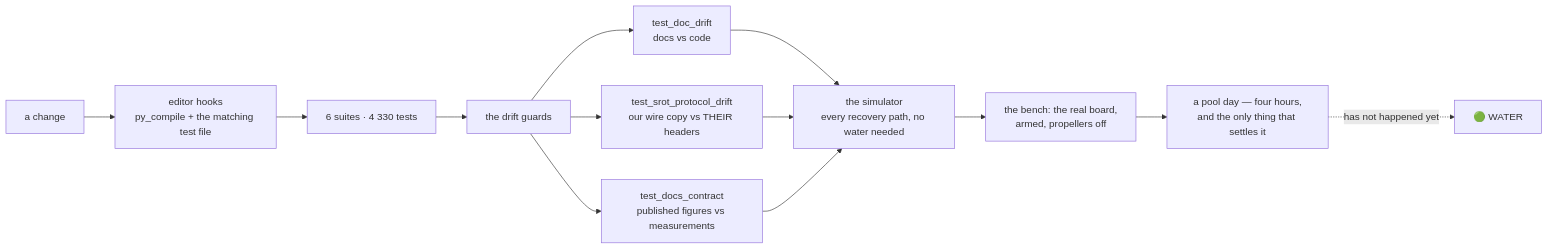
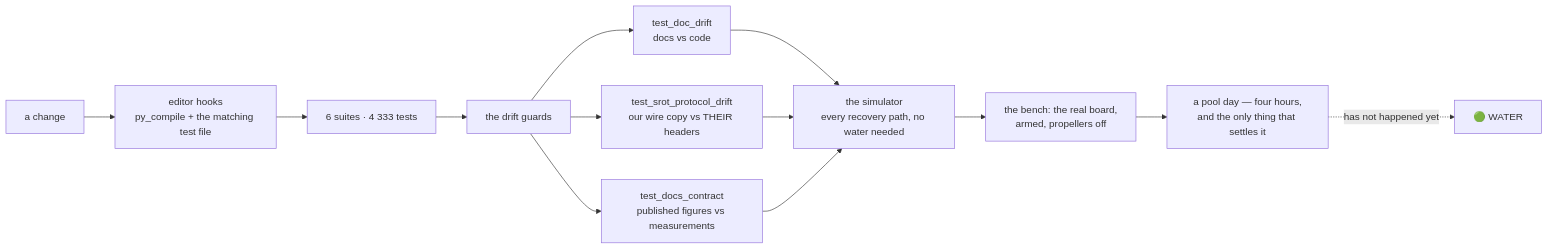
One commit to fh1m/mongla_ws changed the ninth of 10 diagrams in README.md. Above: the diagram before and after it, drawn with Mermaid. The commit also changed other lines of this file and 4 other files, not shown here.

First line of the commit message:
fix(flow): the time-offset estimator starts from the measured -11.3 ms, not 0

````diff
--- a/README.md
+++ b/README.md
@@ -752,15 +752,15 @@
 ```mermaid
 flowchart LR
     DEV["a change"] --> HOOK["editor hooks<br/>py_compile + the matching test file"]
-    HOOK --> UNIT["6 suites · 4 330 tests"]
+    HOOK --> UNIT["6 suites · 4 333 tests"]
     UNIT --> GUARD["the drift guards"]
     GUARD --> G1["test_doc_drift<br/>docs vs code"]
     GUARD --> G2["test_srot_protocol_drift<br/>our wire copy vs THEIR headers"]
     GUARD --> G3["test_docs_contract<br/>published figures vs measurements"]
     G1 --> SIM["the simulator<br/>every recovery path, no water needed"]
     G2 --> SIM
     G3 --> SIM
     SIM --> BENCH["the bench: the real board,<br/>armed, propellers off"]
     BENCH --> POOL["a pool day — four hours,<br/>and the only thing that settles it"]
     POOL -.->|"has not happened yet"| WATER["🟢 WATER"]
 ```
````
